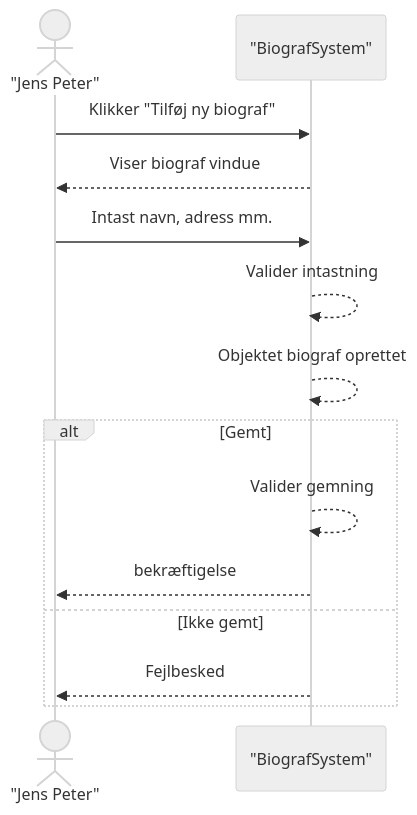
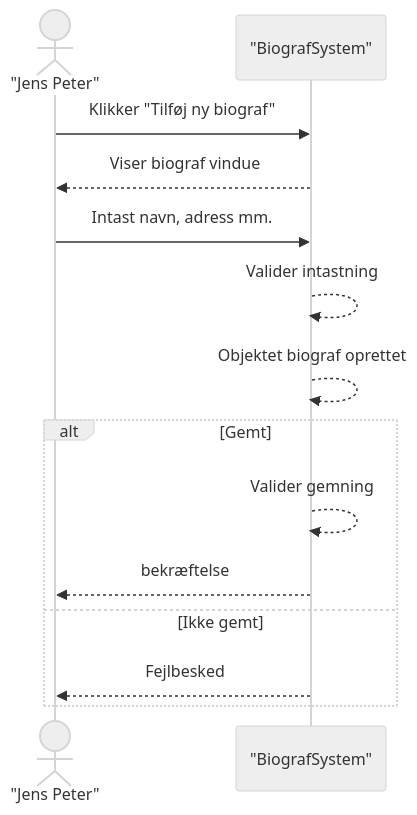
The diagram in docs/SSD S2 UC1.mmd (DMOoF25/TheMovie), drawn with Mermaid (neutral theme) before and after one commit.

Commit message:
Update SSD S2 UC1.mmd

```diff
--- a/docs/SSD S2 UC1.mmd
+++ b/docs/SSD S2 UC1.mmd
@@ -1,16 +1,16 @@
 sequenceDiagram
     actor JensPeter as "Jens Peter"
     participant System as "BiografSystem"
 
     JensPeter->>System: Klikker "Tilføj ny biograf"
     System-->>JensPeter: Viser biograf vindue
 
     JensPeter->>System: Intast navn, adress mm. 
     System-->>System: Valider intastning
     System-->>System: Objektet biograf oprettet
     alt Gemt
         System-->>System: Valider gemning
-        System-->>JensPeter: bekræftigelse
+        System-->>JensPeter: bekræftelse
     else Ikke gemt
         System-->>JensPeter: Fejlbesked
     end
```
